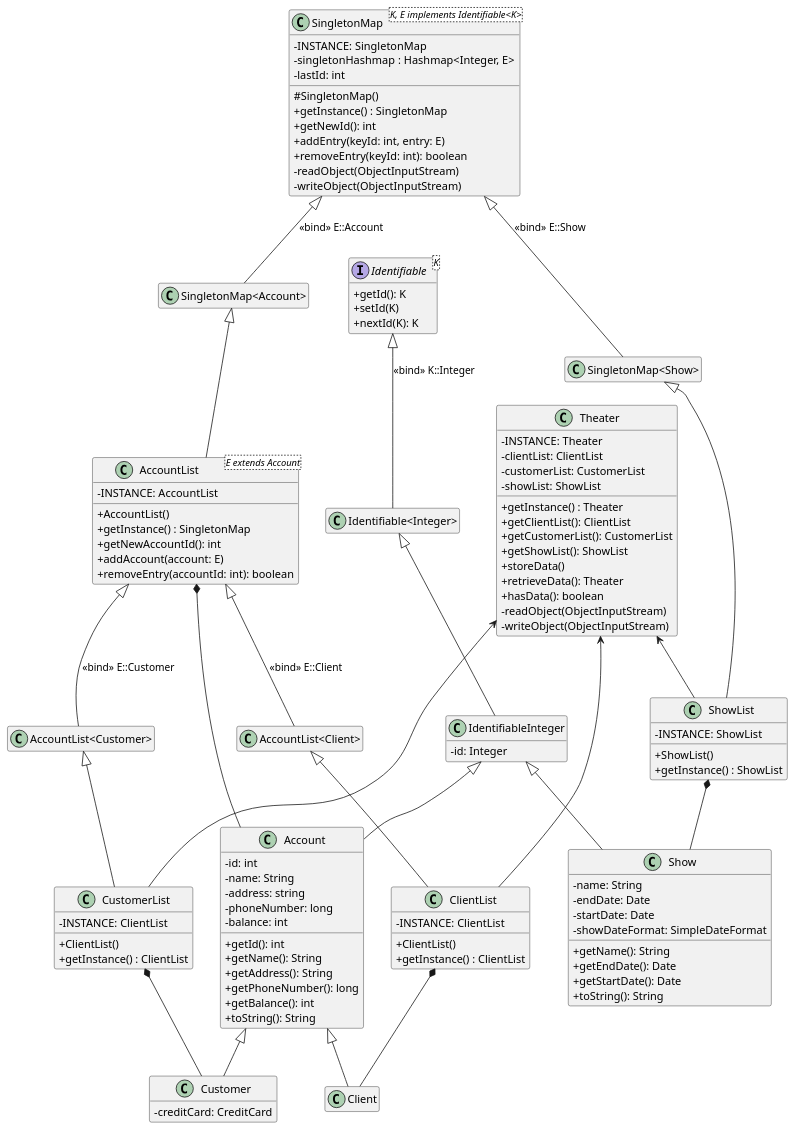
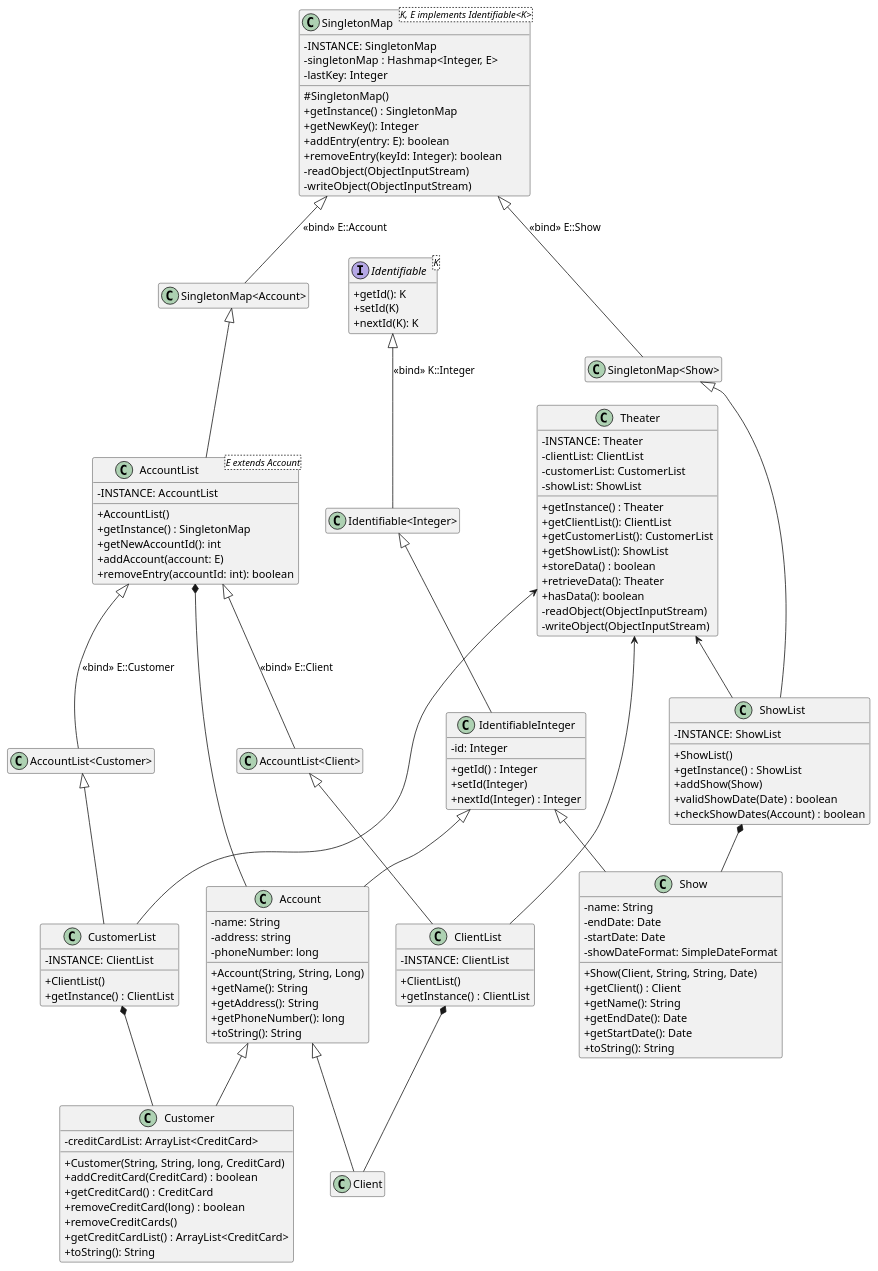
Before and after one commit to FreezeWarp/372Groupwork: the diagram in src/UML.pu, drawn with PlantUML. The commit also changed 3 other files, not shown here.

Commit message:
Update UML Diagrams

```diff
--- a/src/UML.pu
+++ b/src/UML.pu
@@ -1,127 +1,139 @@
 @startuml
-
 skinparam classAttributeIconSize 0
 hide empty members
 
 class SingletonMap<K, E implements Identifiable<K>> {
     -INSTANCE: SingletonMap
-    -singletonHashmap : Hashmap<Integer, E>
-    -lastId: int
+    -singletonMap : Hashmap<Integer, E>
+    -lastKey: Integer
     #SingletonMap()
     +getInstance() : SingletonMap
-    +getNewId(): int
-    +addEntry(keyId: int, entry: E)
-    +removeEntry(keyId: int): boolean
+    +getNewKey(): Integer
+    +addEntry(entry: E): boolean
+    +removeEntry(keyId: Integer): boolean
     -readObject(ObjectInputStream)
     -writeObject(ObjectInputStream)
 }
 
 class AccountList<E extends Account> {
     -INSTANCE: AccountList
     +AccountList()
     +getInstance() : SingletonMap
     +getNewAccountId(): int
     +addAccount(account: E)
     +removeEntry(accountId: int): boolean
 }
 
 class ClientList {
     -INSTANCE: ClientList
     +ClientList()
     +getInstance() : ClientList
 }
 
 class CustomerList {
     -INSTANCE: ClientList
     +ClientList()
     +getInstance() : ClientList
 }
 
 class ShowList {
     -INSTANCE: ShowList
     +ShowList()
     +getInstance() : ShowList
+    +addShow(Show)
+    +validShowDate(Date) : boolean
+    +checkShowDates(Account) : boolean
+
 }
 
 interface Identifiable<K> {
     +getId(): K
     +setId(K)
     +nextId(K): K
 }
 
 class IdentifiableInteger {
     -id: Integer
+    +getId() : Integer
+    +setId(Integer)
+    +nextId(Integer) : Integer
+     
 }
 
 class Account {
-    -id: int
     -name: String
     -address: string
     -phoneNumber: long
-    -balance: int
-    +getId(): int
+    +Account(String, String, Long)
     +getName(): String
     +getAddress(): String
     +getPhoneNumber(): long
-    +getBalance(): int
     +toString(): String
 }
 
 class Customer {
-    -creditCard: CreditCard
+    -creditCardList: ArrayList<CreditCard>
+    +Customer(String, String, long, CreditCard)
+    +addCreditCard(CreditCard) : boolean
+    +getCreditCard() : CreditCard
+    +removeCreditCard(long) : boolean
+    +removeCreditCards()
+    +getCreditCardList() : ArrayList<CreditCard>
+    +toString(): String
 }
 
 class Show {
     -name: String
     -endDate: Date
     -startDate: Date
     -showDateFormat: SimpleDateFormat
+    +Show(Client, String, String, Date)
+    +getClient() : Client
     +getName(): String
     +getEndDate(): Date
     +getStartDate(): Date
     +toString(): String
 }
 
 class Theater {
     -INSTANCE: Theater
     -clientList: ClientList
     -customerList: CustomerList
     -showList: ShowList
     +getInstance() : Theater
     +getClientList(): ClientList
     +getCustomerList(): CustomerList
     +getShowList(): ShowList
-    +storeData()
+    +storeData() : boolean
     +retrieveData(): Theater
     +hasData(): boolean
     -readObject(ObjectInputStream)
     -writeObject(ObjectInputStream)
 }
 
 Theater <-- "ClientList"
 Theater <-- "CustomerList"
 Theater <-- "ShowList"
 
 "Identifiable" <|-- "Identifiable<Integer>" : "«bind» K::Integer"
 "Identifiable<Integer>" <|-- "IdentifiableInteger"
 SingletonMap <|-- "SingletonMap<Account>" : "«bind» E::Account"
 SingletonMap <|-- "SingletonMap<Show>" : "«bind» E::Show"
 "SingletonMap<Account>" <|-- AccountList
 "SingletonMap<Show>" <|-- ShowList
 AccountList <|-- "AccountList<Client>" : "«bind» E::Client"
 AccountList <|-- "AccountList<Customer>" : "«bind» E::Customer"
 "AccountList<Client>" <|-- ClientList
 "AccountList<Customer>" <|-- CustomerList
 
 IdentifiableInteger <|-- Account
 IdentifiableInteger <|-- Show
 
 Account <|-- Client
 Account <|-- Customer
 
 AccountList *-- Account
 ClientList *-- Client
 CustomerList *-- Customer
 ShowList *-- Show
-
 @enduml
```
